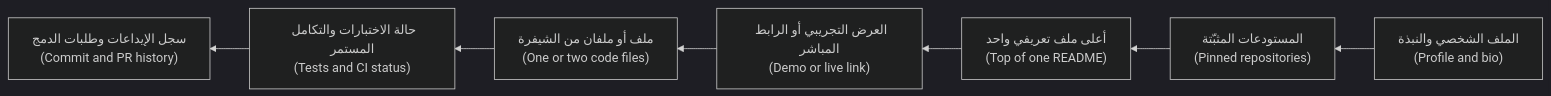
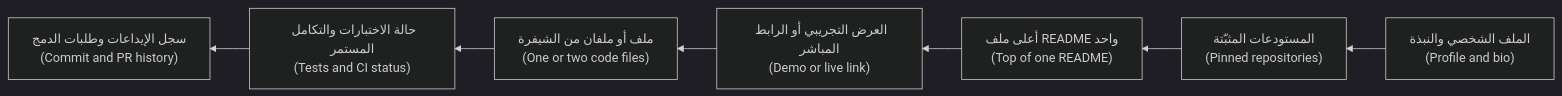
Before and after one commit to Tamoura/system-design-for-vibe-coders: the second of 3 diagrams in career/modules/03-portfolio.ar.md, drawn with Mermaid (dark theme). The commit also changed other lines of this file and 551 other files, not shown here.

````diff
--- a/career/modules/03-portfolio.ar.md
+++ b/career/modules/03-portfolio.ar.md
@@ -271,9 +271,9 @@
 ```mermaid
 flowchart RL
     A["الملف الشخصي والنبذة<br/>(Profile and bio)"] --> B["المستودعات المثبّتة<br/>(Pinned repositories)"]
-    B --> C["أعلى ملف تعريفي واحد<br/>(Top of one README)"]
+    B --> C["أعلى ملف README واحد<br/>(Top of one README)"]
     C --> D["العرض التجريبي أو الرابط المباشر<br/>(Demo or live link)"]
     D --> E["ملف أو ملفان من الشيفرة<br/>(One or two code files)"]
     E --> F["حالة الاختبارات والتكامل المستمر<br/>(Tests and CI status)"]
     F --> G["سجل الإيداعات وطلبات الدمج<br/>(Commit and PR history)"]
 ```
````
